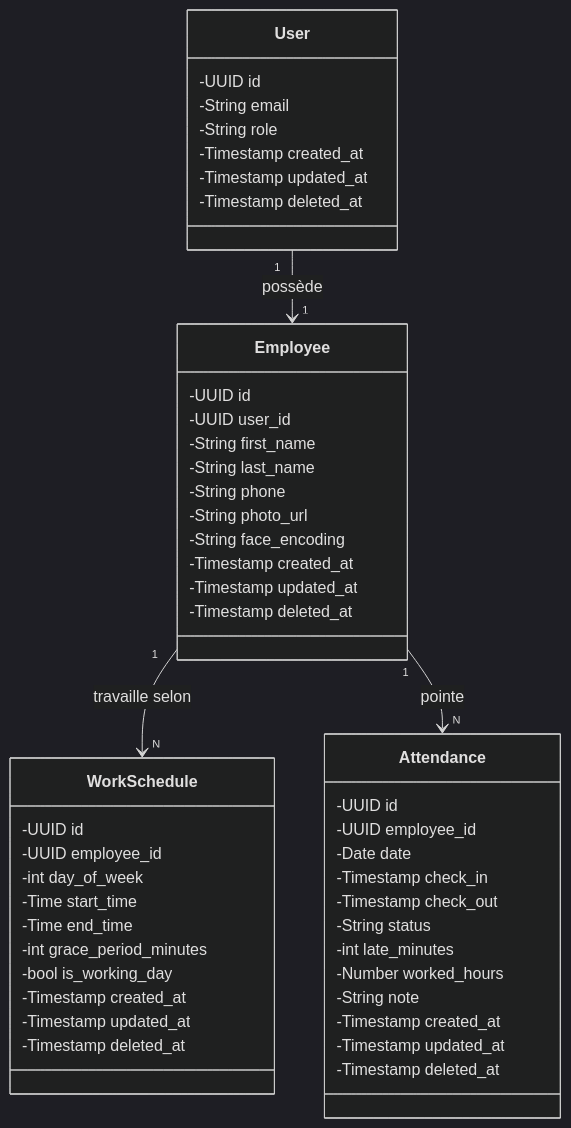
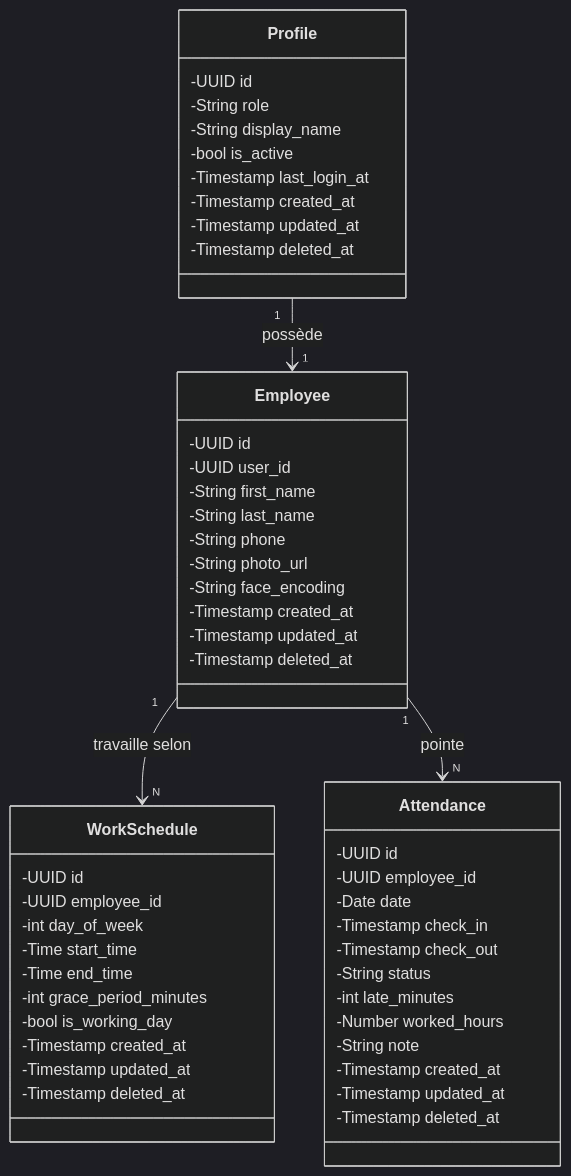
The first of 2 diagrams in data_base/structure-bd.md (Abdurrahmane06/face-attendance-system), drawn with Mermaid (dark theme) before and after one commit. The commit also changed other lines of this file and 3 other files, not shown here.

````diff
--- a/data_base/structure-bd.md
+++ b/data_base/structure-bd.md
@@ -116,56 +118,58 @@
 ```mermaid
 classDiagram
-    class User {
+    class Profile {
         -UUID id
-        -String email
         -String role
+        -String display_name
+        -bool is_active
+        -Timestamp last_login_at
         -Timestamp created_at
         -Timestamp updated_at
         -Timestamp deleted_at
     }
 
     class Employee {
         -UUID id
         -UUID user_id
         -String first_name
         -String last_name
         -String phone
         -String photo_url
         -String face_encoding
         -Timestamp created_at
         -Timestamp updated_at
         -Timestamp deleted_at
     }
 
     class WorkSchedule {
         -UUID id
         -UUID employee_id
         -int day_of_week
         -Time start_time
         -Time end_time
         -int grace_period_minutes
         -bool is_working_day
         -Timestamp created_at
         -Timestamp updated_at
         -Timestamp deleted_at
     }
 
     class Attendance {
         -UUID id
         -UUID employee_id
         -Date date
         -Timestamp check_in
         -Timestamp check_out
         -String status
         -int late_minutes
         -Number worked_hours
         -String note
         -Timestamp created_at
         -Timestamp updated_at
         -Timestamp deleted_at
     }
 
-    User "1" --> "1" Employee : possède
+    Profile "1" --> "1" Employee : possède
     Employee "1" --> "N" WorkSchedule : travaille selon
     Employee "1" --> "N" Attendance : pointe
 ```
````
